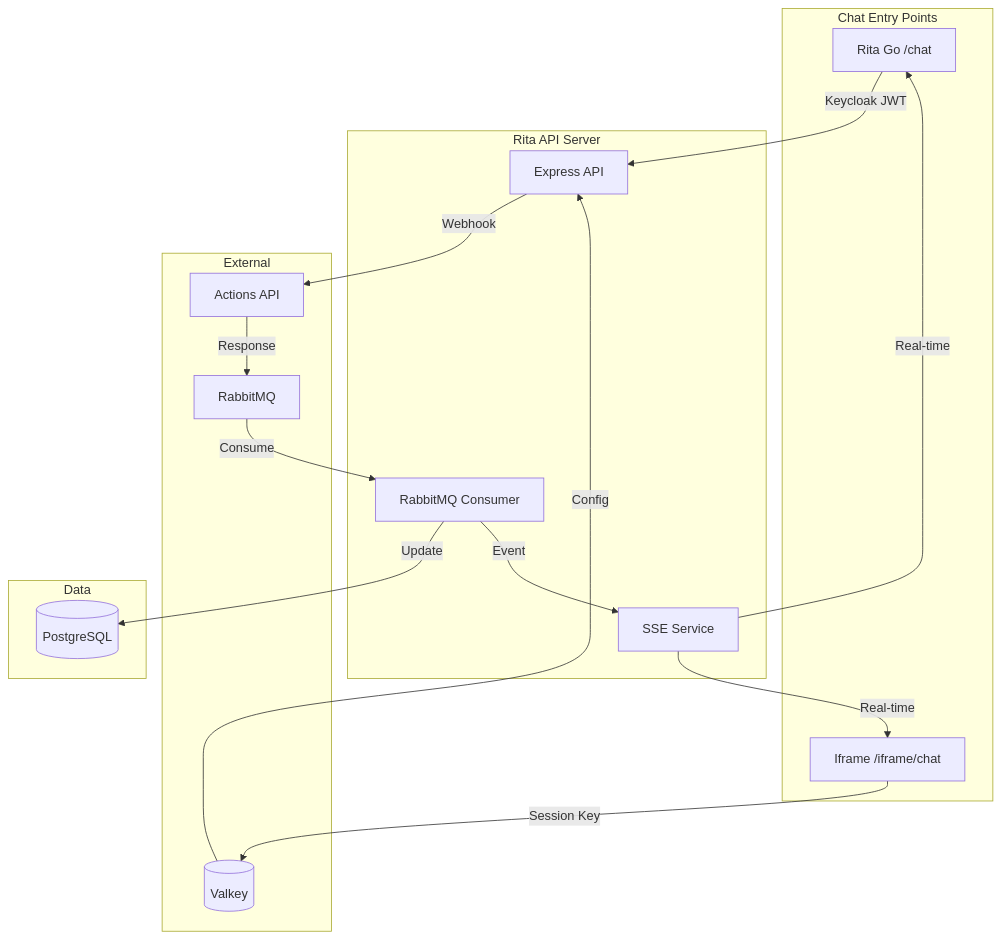
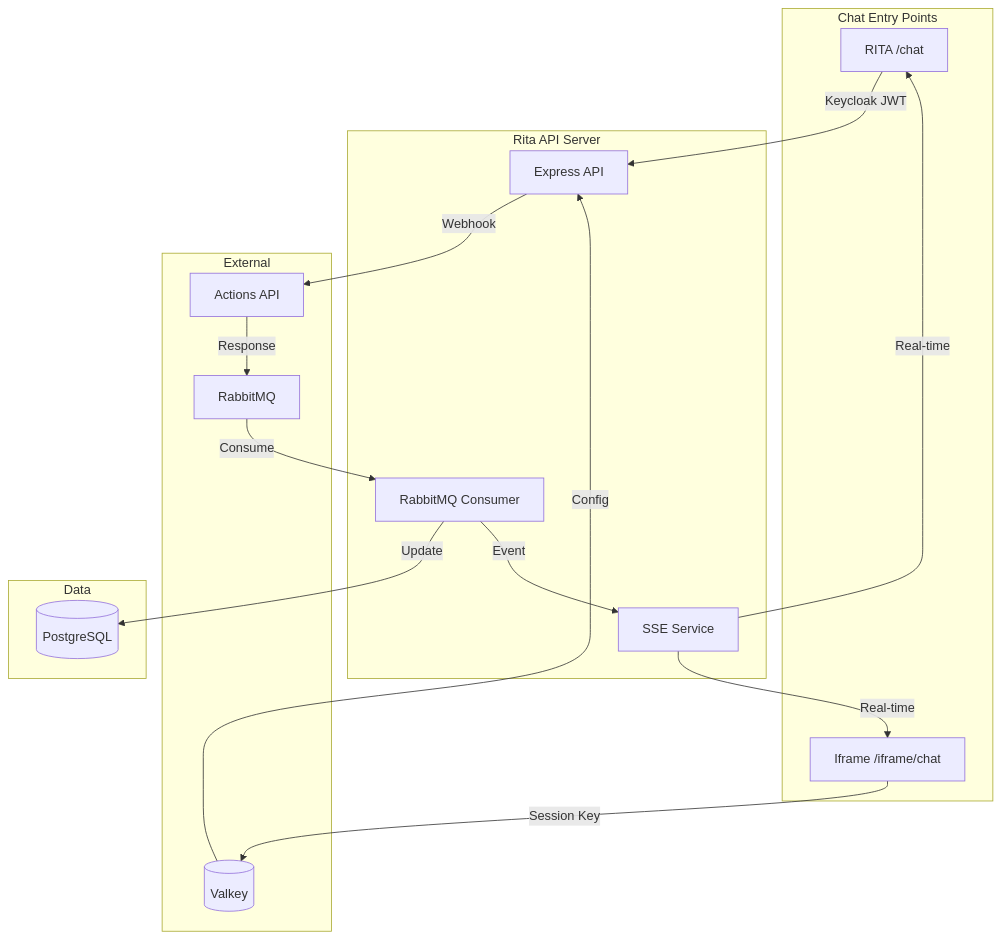
The first of 7 diagrams in docs/architecture/chat-message-flows.md (ewilhelmy-resolve/resolve-prototypes), drawn with Mermaid before and after one commit. The commit also changed other lines of this file and 65 other files, not shown here.

````diff
--- a/docs/architecture/chat-message-flows.md
+++ b/docs/architecture/chat-message-flows.md
@@ -32,34 +32,34 @@
 ```mermaid
 graph TB
     subgraph "Chat Entry Points"
-        RitaGo[Rita Go /chat]
+        RitaGo[RITA /chat]
         Iframe[Iframe /iframe/chat]
     end
 
     subgraph "Rita API Server"
         API[Express API]
         SSE[SSE Service]
         RMQ[RabbitMQ Consumer]
     end
 
     subgraph "External"
         Valkey[(Valkey)]
         Platform[Actions API]
         Queue[RabbitMQ]
     end
 
     subgraph "Data"
         DB[(PostgreSQL)]
     end
 
     RitaGo -->|Keycloak JWT| API
     Iframe -->|Session Key| Valkey
     Valkey -->|Config| API
     API -->|Webhook| Platform
     Platform -->|Response| Queue
     Queue -->|Consume| RMQ
     RMQ -->|Update| DB
     RMQ -->|Event| SSE
     SSE -->|Real-time| RitaGo
     SSE -->|Real-time| Iframe
 ```
````
